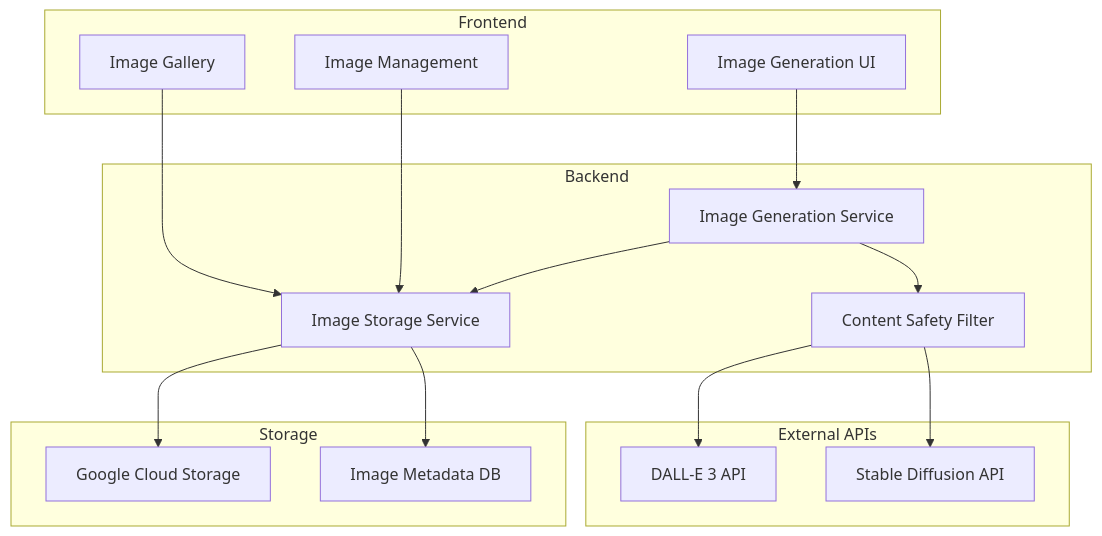
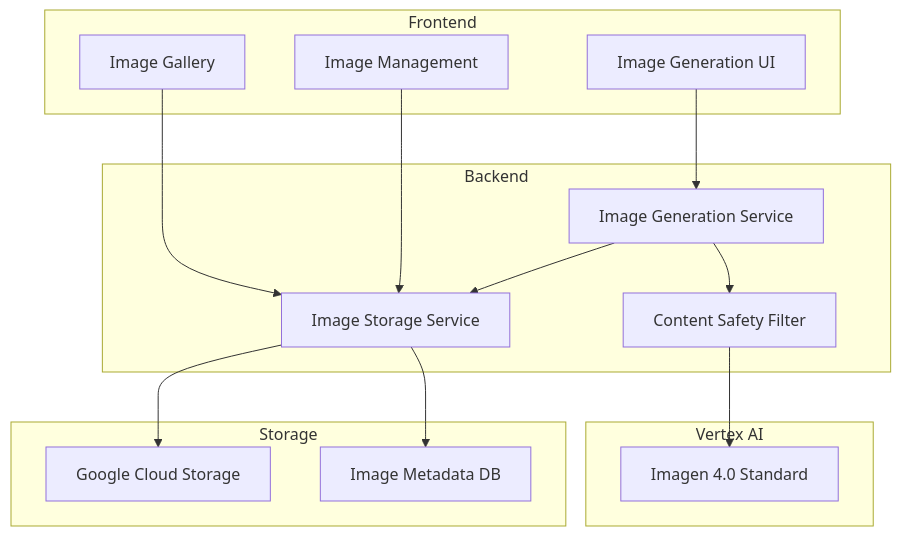
Before and after one commit to yc3136/vocabloom: the fourth of 4 diagrams in docs/technical-design.md, drawn with Mermaid. The commit also changed other lines of this file and 6 other files, not shown here.

````diff
--- a/docs/technical-design.md
+++ b/docs/technical-design.md
@@ -1013,34 +1015,32 @@
 ```mermaid
 graph TB
     subgraph "Frontend"
         A[Image Generation UI]
         B[Image Gallery]
         C[Image Management]
     end
     
     subgraph "Backend"
         D[Image Generation Service]
         E[Image Storage Service]
         F[Content Safety Filter]
     end
     
-    subgraph "External APIs"
-        G[DALL-E 3 API]
-        H[Stable Diffusion API]
+    subgraph "Vertex AI"
+        G[Imagen 4.0 Standard]
     end
     
     subgraph "Storage"
         I[Google Cloud Storage]
         J[Image Metadata DB]
     end
     
     A --> D
     B --> E
     C --> E
     D --> F
     F --> G
-    F --> H
     D --> E
     E --> I
     E --> J
 ```
````
